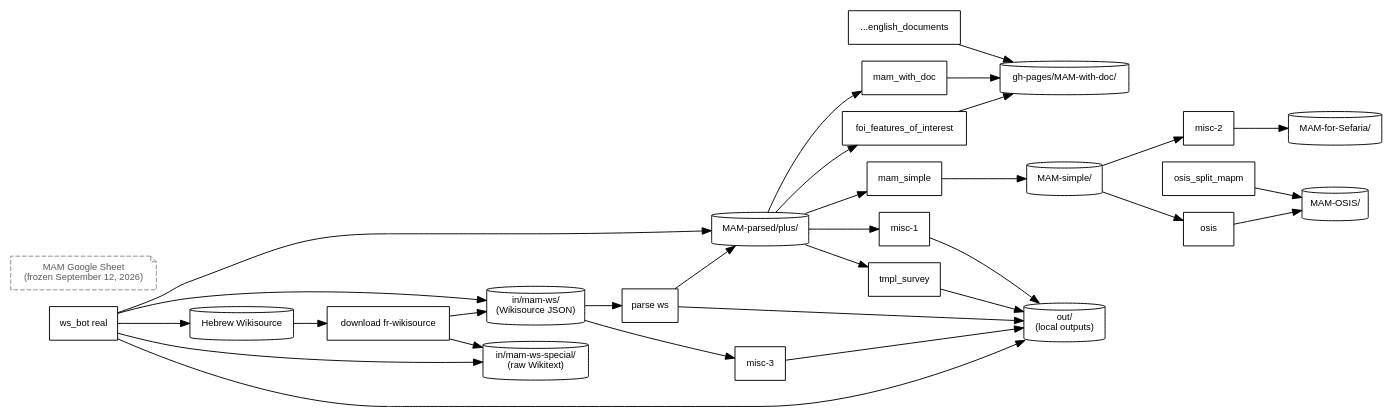
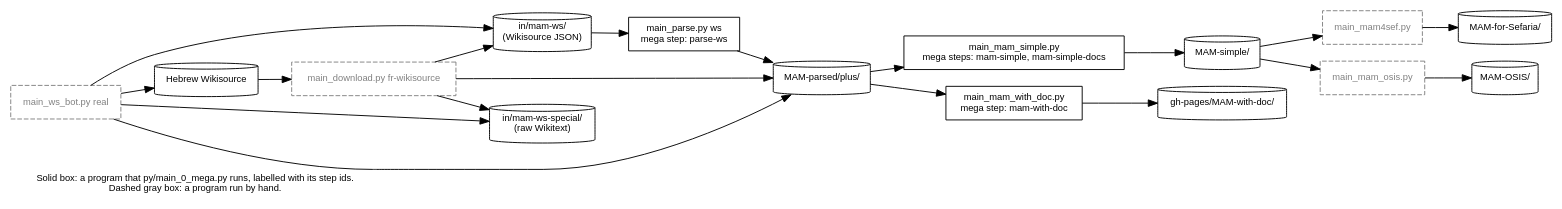
Before and after one commit to bdenckla/MAM-basics: the diagram in doc/process-documentation/pipeline.dot, drawn with Graphviz. The commit also changed 5 other files, not shown here.

First line of the commit message:
Draw the core pipeline that the README names, marking mega steps and hand-run programs

```diff
--- a/doc/process-documentation/pipeline.dot
+++ b/doc/process-documentation/pipeline.dot
@@ -1,83 +1,54 @@
 digraph mam_pipeline {
     // This file was generated by MAM-basics/py/main_pipeline_graph.py.
     // Do not edit by hand; edit py/pipeline_graph/pipeline_graph_spec.py instead.
     graph [comment="This file was generated by MAM-basics/py/main_pipeline_graph.py."];
     // Generated from structured pipeline data.
     rankdir=LR;
+    graph [fontname="Helvetica", fontsize=10, labelloc=b, labeljust=l, label="Solid box: a program that py/main_0_mega.py runs, labelled with its step ids.\nDashed gray box: a program run by hand."];
     node [fontname="Helvetica", fontsize=10];
     edge [fontname="Helvetica", fontsize=9];
 
     // ── Data stores ──
     node [shape=cylinder];
-    ds_parsed_plus        [label="MAM-parsed/plus/"];
-    ds_ws                 [label="in/mam-ws/\n(Wikisource JSON)"];
-    ds_ws_special         [label="in/mam-ws-special/\n(raw Wikitext)"];
-    src_ws_live           [label="Hebrew Wikisource"];
-    archive_google_sheet  [label="MAM Google Sheet\n(frozen September 12, 2026)", shape="note", style=dashed, color="gray55", fontcolor="gray35"];
-    ds_simple             [label="MAM-simple/"];
-    ds_with_doc           [label="gh-pages/MAM-with-doc/"];
-    ds_sefaria            [label="MAM-for-Sefaria/"];
-    ds_osis               [label="MAM-OSIS/"];
-    ds_out                [label="out/\n(local outputs)"];
+    src_ws_live     [label="Hebrew Wikisource"];
+    ds_ws           [label="in/mam-ws/\n(Wikisource JSON)"];
+    ds_ws_special   [label="in/mam-ws-special/\n(raw Wikitext)"];
+    ds_parsed_plus  [label="MAM-parsed/plus/"];
+    ds_simple       [label="MAM-simple/"];
+    ds_sefaria      [label="MAM-for-Sefaria/"];
+    ds_osis         [label="MAM-OSIS/"];
+    ds_with_doc     [label="gh-pages/MAM-with-doc/"];
 
-    // ── External prerequisites (not part of _STEPS) ──
+    // ── Programs run by hand (not steps of py/main_0_mega.py) ──
     node [shape=box, style=dashed, color=gray, fontcolor=gray];
-    download_ws           [label="download fr-wikisource", style="", color="", fontcolor=""];
+    download_ws     [label="main_download.py fr-wikisource"];
+    mam4sef         [label="main_mam4sef.py"];
+    osis            [label="main_mam_osis.py"];
+    ws_bot          [label="main_ws_bot.py real"];
 
-    // ── Pipeline steps ──
+    // ── Programs that steps of py/main_0_mega.py run ──
     node [shape=box, style="", color="", fontcolor=""];
-    parse_ws              [label="parse ws"];
-    foi                   [label="foi_features_of_interest"];
-    mam_with_doc          [label="mam_with_doc"];
-    tmpl_survey           [label="tmpl_survey"];
-    mam_simple            [label="mam_simple"];
-    misc_2                [label="misc-2"];
-    osis                  [label="osis"];
-    misc_1                [label="misc-1", tooltip="decnreub\nmultimark\nwordlist\nexplicit_xataf\ndiff ctr-vs-mam"];
-    misc_3                [label="misc-3"];
-    ws_bot                [label="ws_bot real"];
-    gen_docs              [label="...english_documents"];
-    osis_split            [label="osis_split_mapm"];
+    parse_ws        [label="main_parse.py ws\nmega step: parse-ws"];
+    mam_simple      [label="main_mam_simple.py\nmega steps: mam-simple, mam-simple-docs"];
+    mam_with_doc    [label="main_mam_with_doc.py\nmega step: mam-with-doc"];
 
     // ── Edges ──
-
-    // MAM-parsed consumers
-    ds_parsed_plus       -> foi;
-    ds_parsed_plus       -> mam_with_doc;
-    ds_parsed_plus       -> mam_simple;
-    ds_parsed_plus       -> misc_1;
-    ds_parsed_plus       -> tmpl_survey;
-
-    // MAM-with-doc outputs
-    foi                  -> ds_with_doc;
-    mam_with_doc         -> ds_with_doc;
-    gen_docs             -> ds_with_doc;
-
-    // MAM-simple pipeline
-    mam_simple           -> ds_simple;
-    ds_simple            -> misc_2;
-    ds_simple            -> osis;
-    misc_2               -> ds_sefaria;
-    osis                 -> ds_osis;
-    osis_split           -> ds_osis;
-
-    // Local out/ outputs
-    tmpl_survey          -> ds_out;
-    misc_1               -> ds_out;
-    parse_ws             -> ds_out;
-    misc_3               -> ds_out;
-
-    // Wikisource pipeline
-    src_ws_live          -> download_ws;
-    download_ws          -> ds_ws;
-    download_ws          -> ds_ws_special;
-    ds_ws                -> parse_ws;
-    parse_ws             -> ds_parsed_plus;
-    ds_ws                -> misc_3;
-    ws_bot               -> src_ws_live;
-    ws_bot               -> ds_ws;
-    ws_bot               -> ds_ws_special;
-    ws_bot               -> ds_out [tooltip="via automatic post-download reparse"];
-    ws_bot               -> ds_parsed_plus [tooltip="via automatic post-download reparse"];
-
+    src_ws_live    -> download_ws;
+    download_ws    -> ds_ws;
+    download_ws    -> ds_ws_special;
+    download_ws    -> ds_parsed_plus [tooltip="via automatic reparse"];
+    ds_ws          -> parse_ws;
+    parse_ws       -> ds_parsed_plus;
+    ds_parsed_plus -> mam_simple;
+    mam_simple     -> ds_simple;
+    ds_simple      -> mam4sef;
+    mam4sef        -> ds_sefaria;
+    ds_simple      -> osis;
+    osis           -> ds_osis;
+    ds_parsed_plus -> mam_with_doc;
+    mam_with_doc   -> ds_with_doc;
+    ws_bot         -> src_ws_live;
+    ws_bot         -> ds_ws;
+    ws_bot         -> ds_ws_special;
+    ws_bot         -> ds_parsed_plus [tooltip="via automatic post-download reparse"];
 }
```
